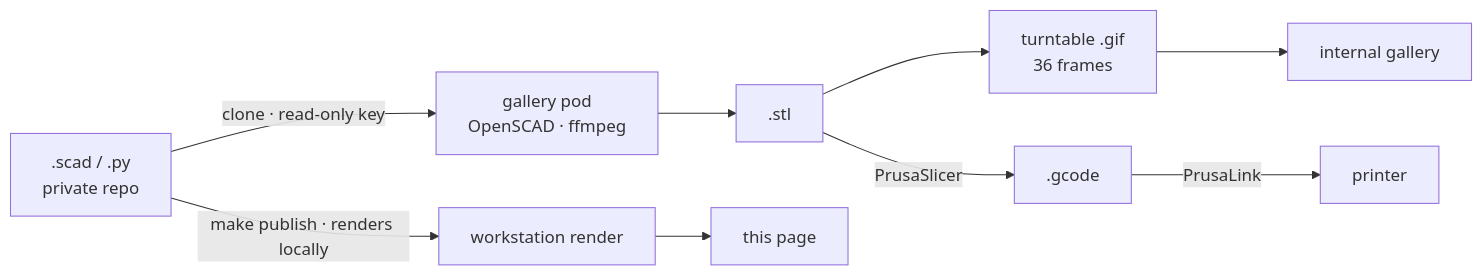
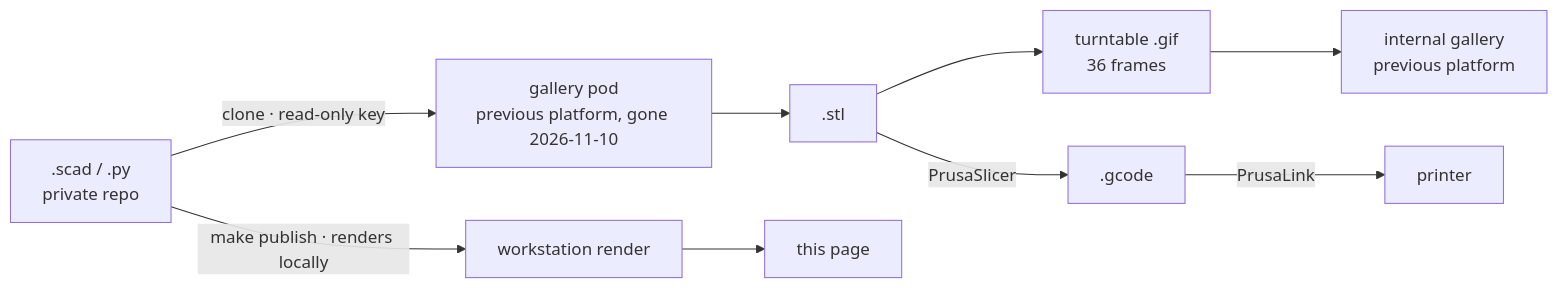
The diagram in docs/printing.md (schultzzznet/schultzzznet), drawn with Mermaid before and after one commit. The commit also changed other lines of this file and 30 other files, not shown here.

First line of the commit message:
site: describe the new platform; stats re-pointed; a How we work page; the previous platform kept as dated history (#10)

````diff
--- a/docs/printing.md
+++ b/docs/printing.md
@@ -37,11 +44,11 @@
 ```mermaid
 flowchart LR
-  SRC[".scad / .py<br/>private repo"] -->|"clone · read-only key"| POD["gallery pod<br/>OpenSCAD · ffmpeg"]
+  SRC[".scad / .py<br/>private repo"] -->|"clone · read-only key"| POD["gallery pod<br/>previous platform, gone 2026-11-10"]
   POD --> STL[".stl"]
   STL --> GIF["turntable .gif<br/>36 frames"]
-  GIF --> WEB["internal gallery"]
+  GIF --> WEB["internal gallery<br/>previous platform"]
   STL -->|PrusaSlicer| GC[".gcode"]
   GC -->|PrusaLink| PR["printer"]
   SRC -->|"make publish · renders locally"| WS["workstation render"]
   WS --> PAGES["this page"]
 ```
````
